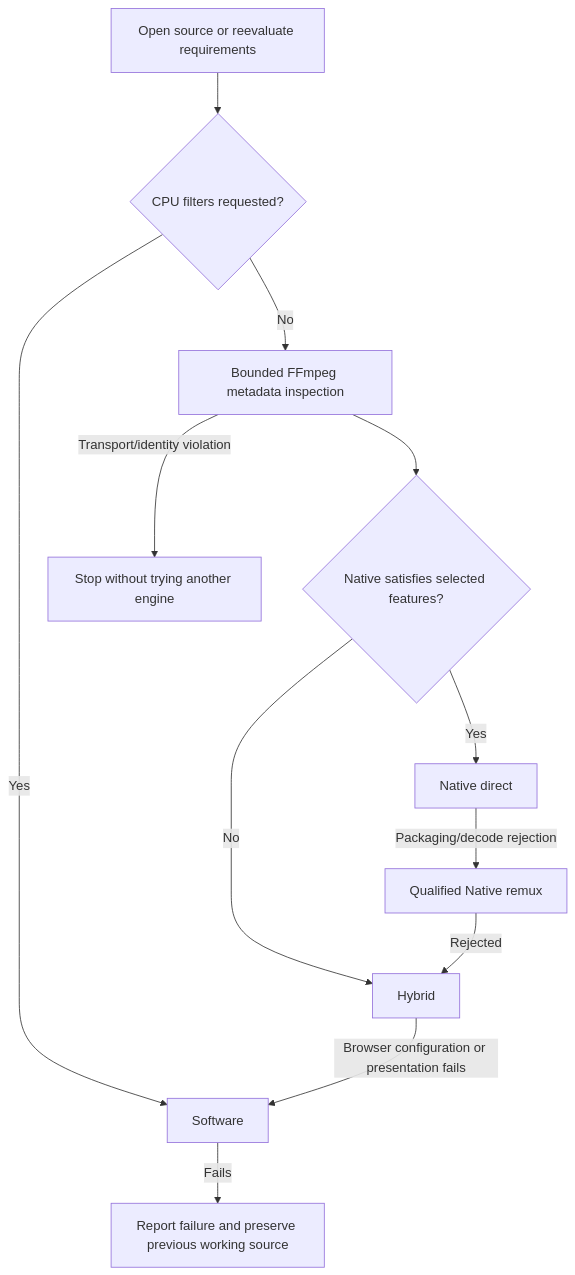
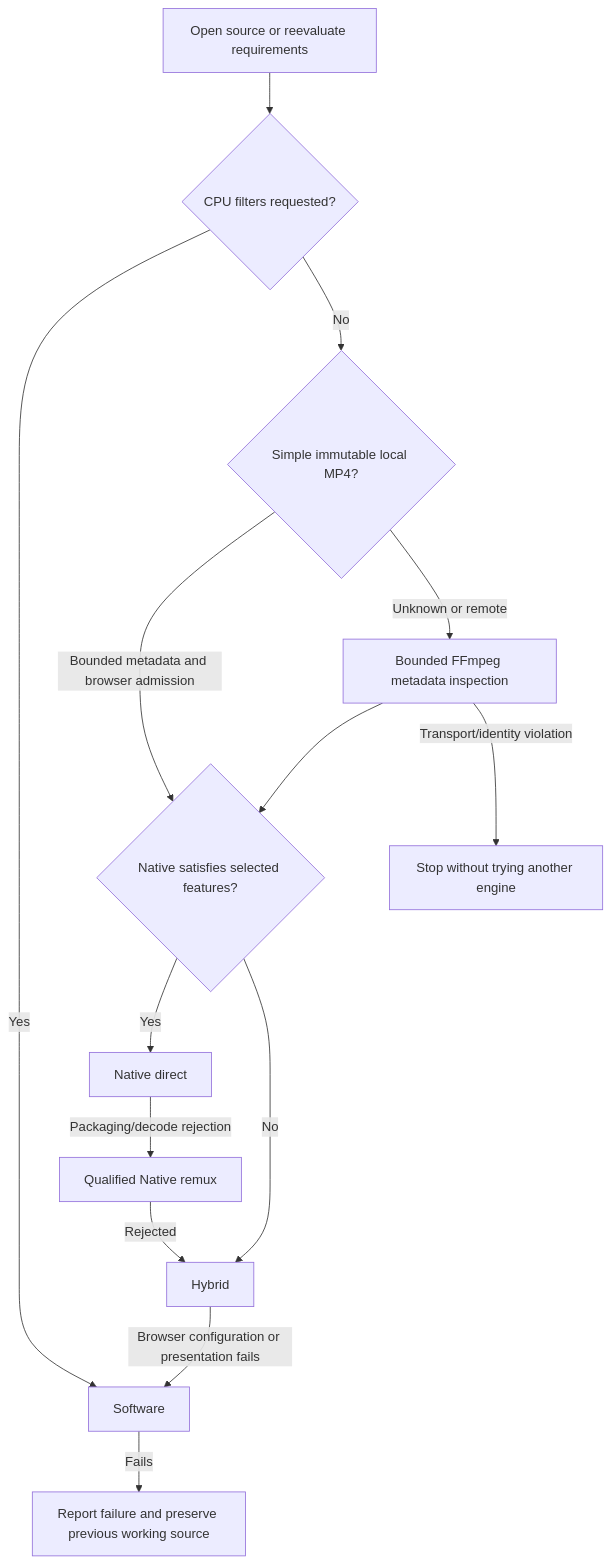
One commit to Jagalite/webmpv changed the diagram in docs/AUTOMATIC-SELECTION.md. Above: the diagram before and after it, drawn with Mermaid. The commit also changed other lines of this file and 181 other files, not shown here.

````diff
--- a/docs/AUTOMATIC-SELECTION.md
+++ b/docs/AUTOMATIC-SELECTION.md
@@ -23,14 +23,16 @@
 ```mermaid
 flowchart TD
     S[Open source or reevaluate requirements] --> F{CPU filters requested?}
     F -->|Yes| SW[Software]
-    F -->|No| P[Bounded FFmpeg metadata inspection]
+    F -->|No| C{Simple immutable local MP4?}
+    C -->|Bounded metadata and browser admission| N
+    C -->|Unknown or remote| P[Bounded FFmpeg metadata inspection]
     P --> N{Native satisfies selected features?}
     N -->|Yes| D[Native direct]
     D -->|Packaging/decode rejection| R[Qualified Native remux]
     N -->|No| H[Hybrid]
     R -->|Rejected| H
     H -->|Browser configuration or presentation fails| SW
     SW -->|Fails| E[Report failure and preserve previous working source]
     P -->|Transport/identity violation| T[Stop without trying another engine]
 ```
````
